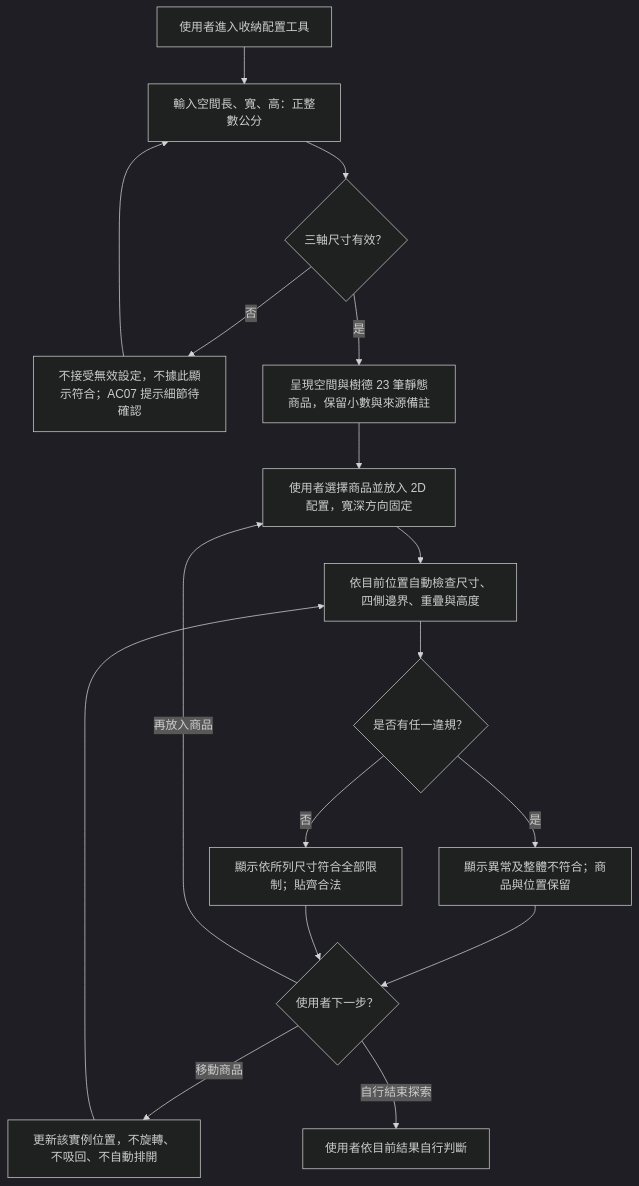
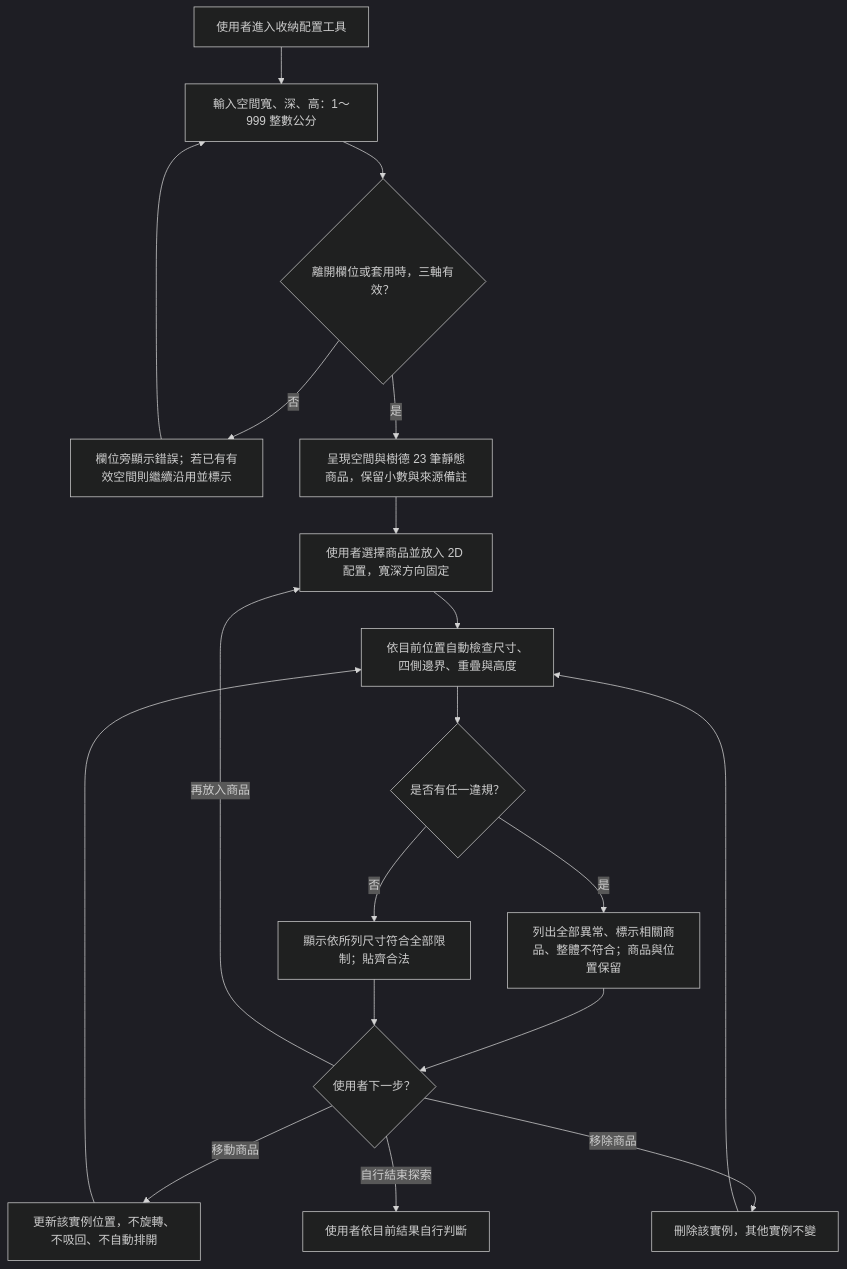
The diagram in openspec/changes/build-mvp-core/design.md (star82620/fit-space-0025), drawn with Mermaid (dark theme) before and after one commit. The commit also changed other lines of this file and 7 other files, not shown here.

````diff
--- a/openspec/changes/build-mvp-core/design.md
+++ b/openspec/changes/build-mvp-core/design.md
@@ -26,19 +26,21 @@
 ```mermaid
 flowchart TD
-    A["使用者進入收納配置工具"] --> B["輸入空間長、寬、高：正整數公分"]
-    B --> C{"三軸尺寸有效？"}
-    C -->|"否"| D["不接受無效設定，不據此顯示符合；AC07 提示細節待確認"]
+    A["使用者進入收納配置工具"] --> B["輸入空間寬、深、高：1～999 整數公分"]
+    B --> C{"離開欄位或套用時，三軸有效？"}
+    C -->|"否"| D["欄位旁顯示錯誤；若已有有效空間則繼續沿用並標示"]
     D --> B
     C -->|"是"| E["呈現空間與樹德 23 筆靜態商品，保留小數與來源備註"]
     E --> F["使用者選擇商品並放入 2D 配置，寬深方向固定"]
     F --> G["依目前位置自動檢查尺寸、四側邊界、重疊與高度"]
     G --> H{"是否有任一違規？"}
-    H -->|"是"| I["顯示異常及整體不符合；商品與位置保留"]
+    H -->|"是"| I["列出全部異常、標示相關商品、整體不符合；商品與位置保留"]
     H -->|"否"| J["顯示依所列尺寸符合全部限制；貼齊合法"]
     I --> K{"使用者下一步？"}
     J --> K
     K -->|"移動商品"| L["更新該實例位置，不旋轉、不吸回、不自動排開"]
     L --> G
+    K -->|"移除商品"| R["刪除該實例，其他實例不變"]
+    R --> G
     K -->|"再放入商品"| F
     K -->|"自行結束探索"| M["使用者依目前結果自行判斷"]
 ```
````
